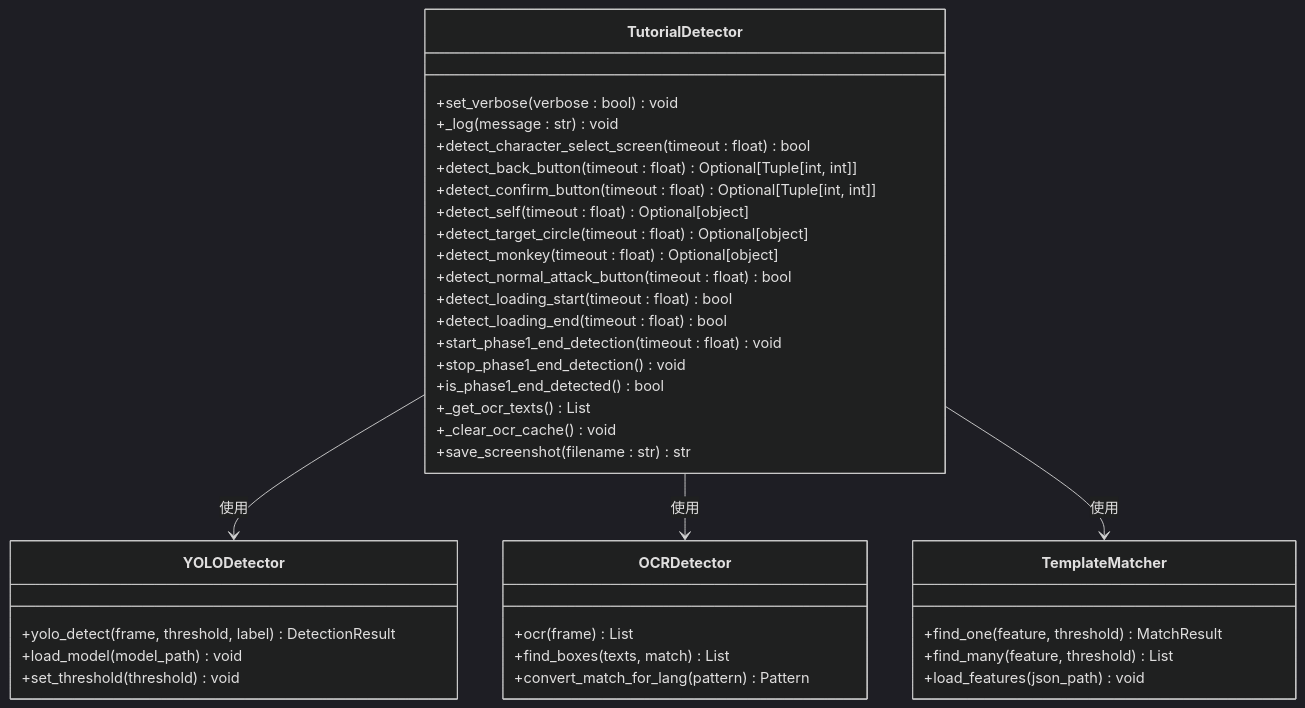
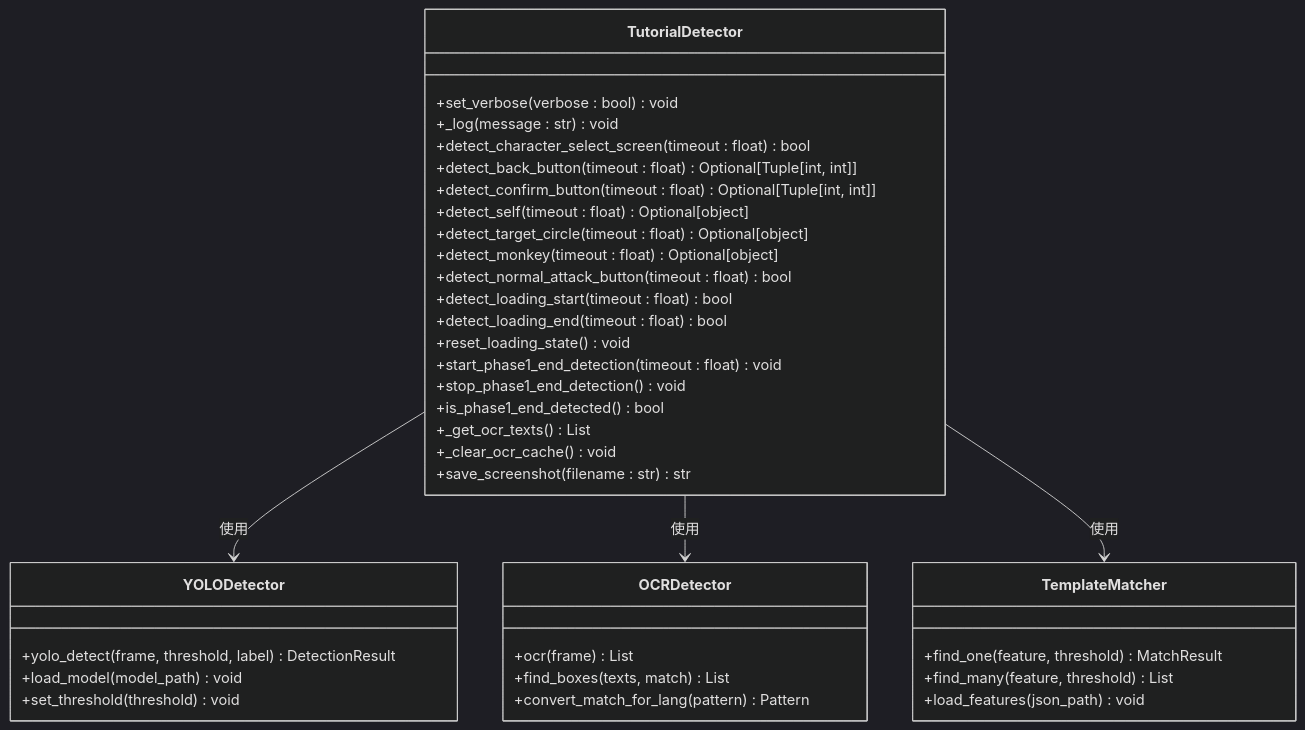
One commit to xsy098-max/ok-jump changed the third of 14 diagrams in .qoder/repowiki/zh/content/核心系统架构/教程检测系统.md. Above: the diagram before and after it, drawn with Mermaid (dark theme). The commit also changed other lines of this file and 17 other files, not shown here.

````diff
--- a/.qoder/repowiki/zh/content/核心系统架构/教程检测系统.md
+++ b/.qoder/repowiki/zh/content/核心系统架构/教程检测系统.md
@@ -157,40 +164,41 @@
 ```mermaid
 classDiagram
 class TutorialDetector {
 +set_verbose(verbose : bool) void
 +_log(message : str) void
 +detect_character_select_screen(timeout : float) bool
 +detect_back_button(timeout : float) Optional[Tuple[int, int]]
 +detect_confirm_button(timeout : float) Optional[Tuple[int, int]]
 +detect_self(timeout : float) Optional[object]
 +detect_target_circle(timeout : float) Optional[object]
 +detect_monkey(timeout : float) Optional[object]
 +detect_normal_attack_button(timeout : float) bool
 +detect_loading_start(timeout : float) bool
 +detect_loading_end(timeout : float) bool
++reset_loading_state() void
 +start_phase1_end_detection(timeout : float) void
 +stop_phase1_end_detection() void
 +is_phase1_end_detected() bool
 +_get_ocr_texts() List
 +_clear_ocr_cache() void
 +save_screenshot(filename : str) str
 }
 class YOLODetector {
 +yolo_detect(frame, threshold, label) DetectionResult
 +load_model(model_path) void
 +set_threshold(threshold) void
 }
 class OCRDetector {
 +ocr(frame) List
 +find_boxes(texts, match) List
 +convert_match_for_lang(pattern) Pattern
 }
 class TemplateMatcher {
 +find_one(feature, threshold) MatchResult
 +find_many(feature, threshold) List
 +load_features(json_path) void
 }
 TutorialDetector --> YOLODetector : 使用
 TutorialDetector --> OCRDetector : 使用
 TutorialDetector --> TemplateMatcher : 使用
 ```
````
